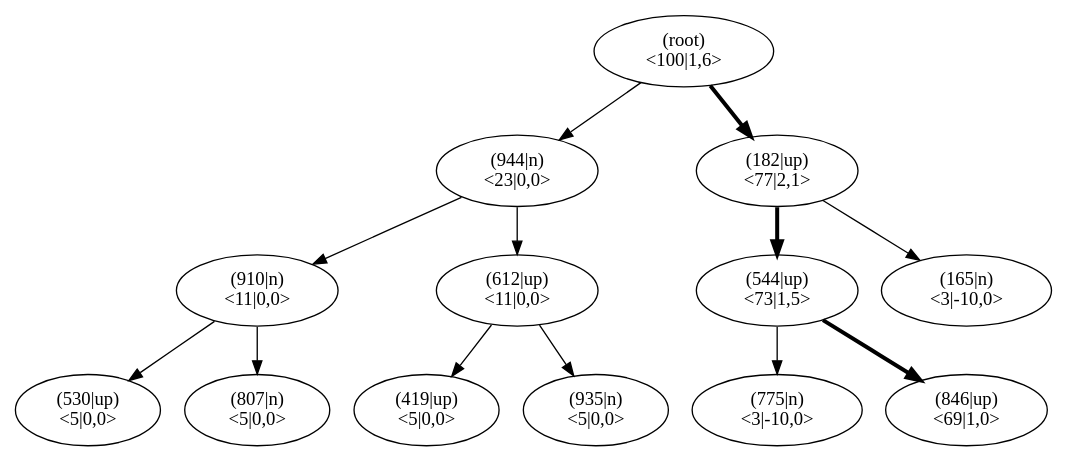
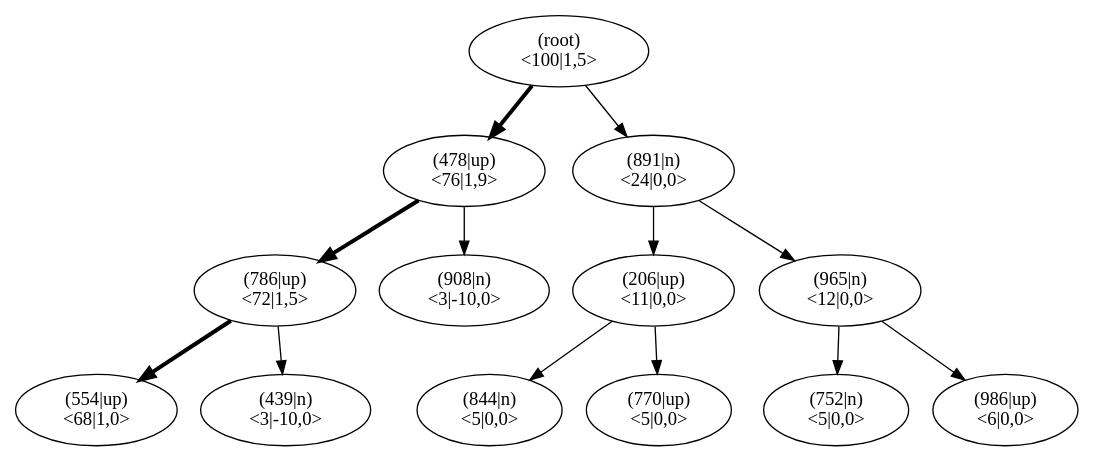
Before and after one commit to JonasHellgren/relexp-java: the diagram in pictures/ch13/climb_mctsHUNDREDiterHIGHEXP_NOTDEFBACKUP.dot, drawn with Graphviz. The commit also changed 4 other files, not shown here.

```diff
--- a/pictures/ch13/climb_mctsHUNDREDiterHIGHEXP_NOTDEFBACKUP.dot
+++ b/pictures/ch13/climb_mctsHUNDREDiterHIGHEXP_NOTDEFBACKUP.dot
@@ -1,41 +1,41 @@
 digraph MCTS {
 node [shape=ellipse];
 Nroot [label="(root)
-<100|1,6>"];
-Nroot -> N944[penwidth=1];
-N944 [label="(944|n)
-<23|0,0>"];
-N944 -> N910[penwidth=1];
-N910 [label="(910|n)
+<100|1,5>"];
+Nroot -> N478[penwidth=3];
+N478 [label="(478|up)
+<76|1,9>"];
+N478 -> N786[penwidth=3];
+N786 [label="(786|up)
+<72|1,5>"];
+N786 -> N554[penwidth=3];
+N554 [label="(554|up)
+<68|1,0>"];
+N786 -> N439[penwidth=1];
+N439 [label="(439|n)
+<3|-10,0>"];
+N478 -> N908[penwidth=1];
+N908 [label="(908|n)
+<3|-10,0>"];
+Nroot -> N891[penwidth=1];
+N891 [label="(891|n)
+<24|0,0>"];
+N891 -> N206[penwidth=1];
+N206 [label="(206|up)
 <11|0,0>"];
-N910 -> N530[penwidth=1];
-N530 [label="(530|up)
+N206 -> N844[penwidth=1];
+N844 [label="(844|n)
 <5|0,0>"];
-N910 -> N807[penwidth=1];
-N807 [label="(807|n)
+N206 -> N770[penwidth=1];
+N770 [label="(770|up)
 <5|0,0>"];
-N944 -> N612[penwidth=1];
-N612 [label="(612|up)
-<11|0,0>"];
-N612 -> N419[penwidth=1];
-N419 [label="(419|up)
+N891 -> N965[penwidth=1];
+N965 [label="(965|n)
+<12|0,0>"];
+N965 -> N752[penwidth=1];
+N752 [label="(752|n)
 <5|0,0>"];
-N612 -> N935[penwidth=1];
-N935 [label="(935|n)
-<5|0,0>"];
-Nroot -> N182[penwidth=3];
-N182 [label="(182|up)
-<77|2,1>"];
-N182 -> N544[penwidth=3];
-N544 [label="(544|up)
-<73|1,5>"];
-N544 -> N775[penwidth=1];
-N775 [label="(775|n)
-<3|-10,0>"];
-N544 -> N846[penwidth=3];
-N846 [label="(846|up)
-<69|1,0>"];
-N182 -> N165[penwidth=1];
-N165 [label="(165|n)
-<3|-10,0>"];
+N965 -> N986[penwidth=1];
+N986 [label="(986|up)
+<6|0,0>"];
 }
```
